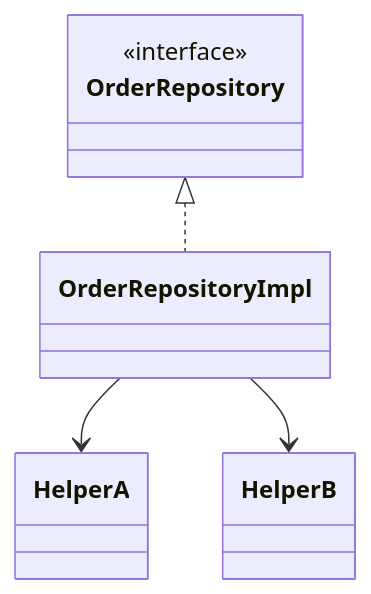
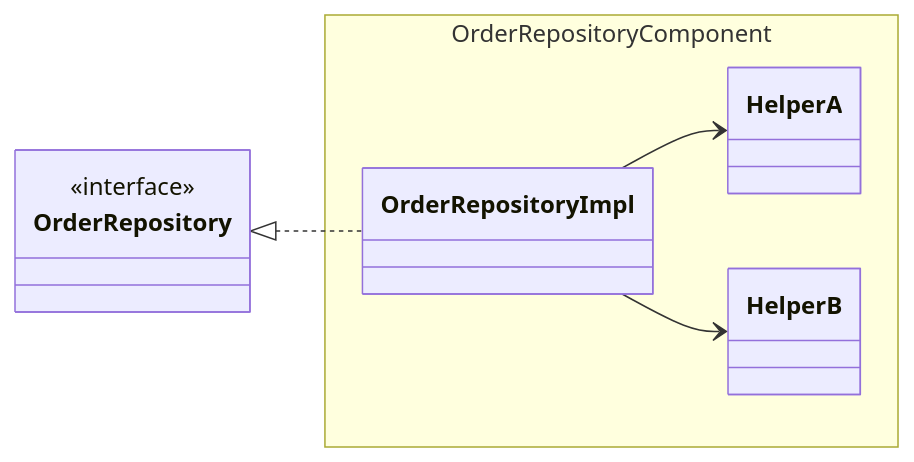
The second of 6 diagrams in books/아키텍트-첫걸음/2-소프트웨어-설계/2-소프트웨어-설계의-추상화-레벨.md (devholic22/logistics-backend-study), drawn with Mermaid before and after one commit. The commit also changed other lines of this file and 2 other files, not shown here.

Commit message:
docs: address software design review

````diff
--- a/books/아키텍트-첫걸음/2-소프트웨어-설계/2-소프트웨어-설계의-추상화-레벨.md
+++ b/books/아키텍트-첫걸음/2-소프트웨어-설계/2-소프트웨어-설계의-추상화-레벨.md
@@ -55,9 +55,15 @@
 ```mermaid
 classDiagram
+    direction LR
     class OrderRepository {
         <<interface>>
+    }
+    namespace OrderRepositoryComponent {
+        class OrderRepositoryImpl
+        class HelperA
+        class HelperB
     }
     OrderRepository <|.. OrderRepositoryImpl
     OrderRepositoryImpl --> HelperA
     OrderRepositoryImpl --> HelperB
 ```
````
